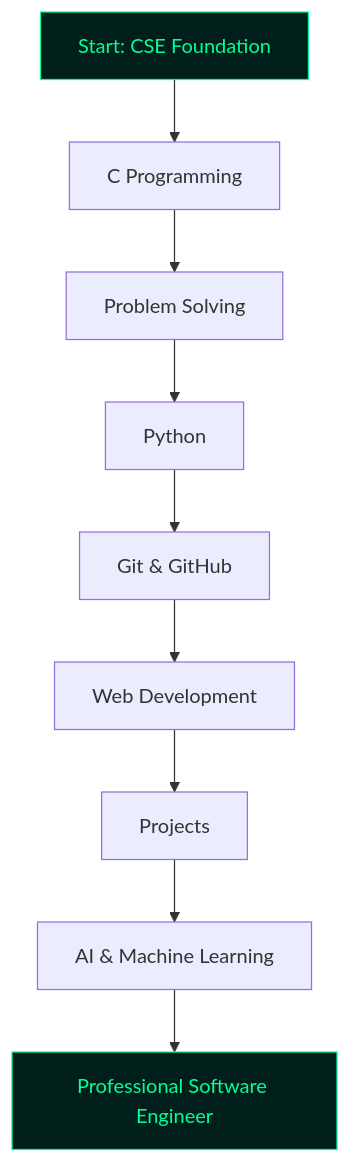
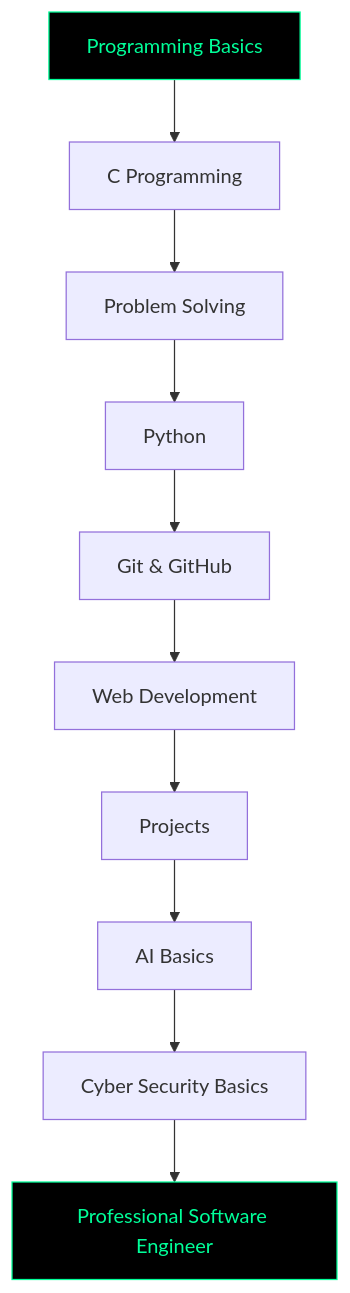
The diagram in README.md (rtygfoth-gif/rtygfoth-gif), drawn with Mermaid before and after one commit. The commit also changed other lines of this file, not shown here.

````diff
--- a/README.md
+++ b/README.md
@@ -81,14 +92,15 @@
 ```mermaid
 flowchart TD
-    A[Start: CSE Foundation] --> B[C Programming]
+    A[Programming Basics] --> B[C Programming]
     B --> C[Problem Solving]
     C --> D[Python]
     D --> E[Git & GitHub]
     E --> F[Web Development]
     F --> G[Projects]
-    G --> H[AI & Machine Learning]
-    H --> I[Professional Software Engineer]
+    G --> H[AI Basics]
+    H --> I[Cyber Security Basics]
+    I --> J[Professional Software Engineer]
 
-    style A fill:#001f1a,stroke:#00ff99,color:#00ff99
-    style I fill:#001f1a,stroke:#00ff99,color:#00ff99
+    style A fill:#000000,stroke:#00ff99,color:#00ff99
+    style J fill:#000000,stroke:#00ff99,color:#00ff99
 ```
````
